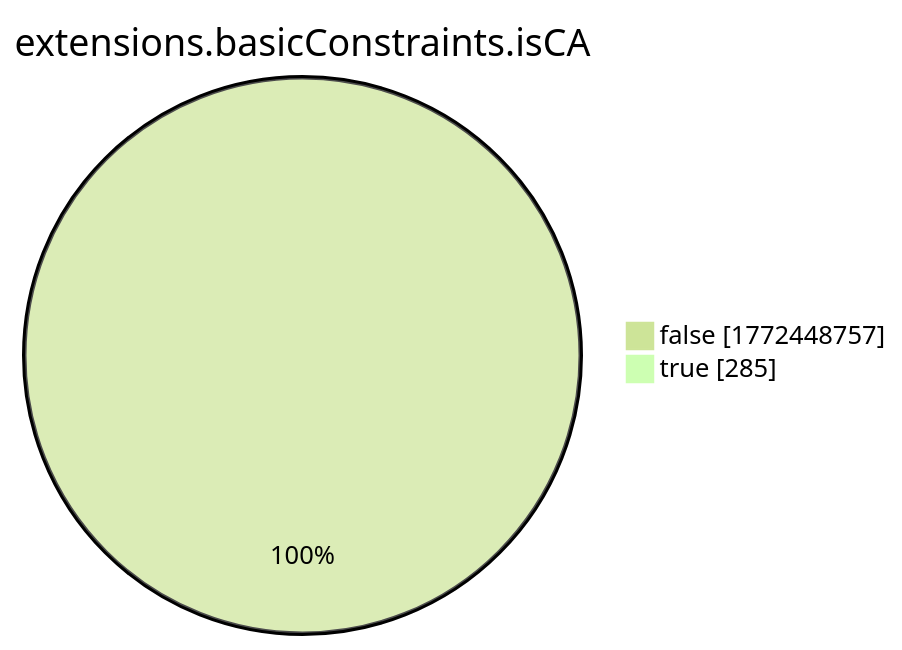
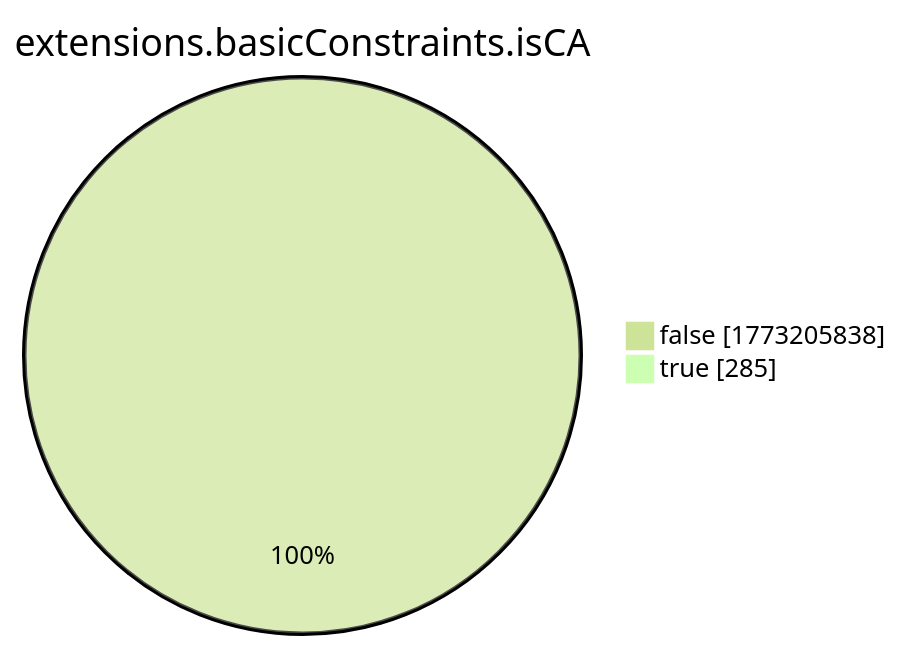
One commit to christiankrug/ctmonitor_visualization changed the eighth of 15 diagrams in xenon2022/README.md. Above: the diagram before and after it, drawn with Mermaid (forest theme). The commit also changed other lines of this file, not shown here.

````diff
--- a/xenon2022/README.md
+++ b/xenon2022/README.md
@@ -2868,6 +2868,6 @@
 ```mermaid
 pie showData
 title extensions.basicConstraints.isCA
-"false" :1772448757
+"false" :1773205838
 "true" :285
 ```
````
